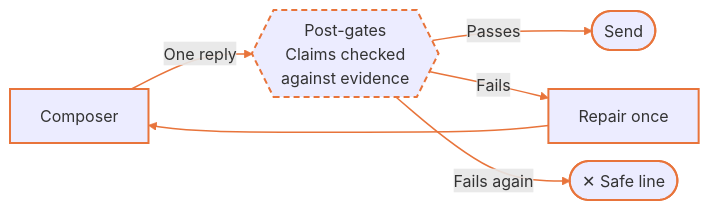
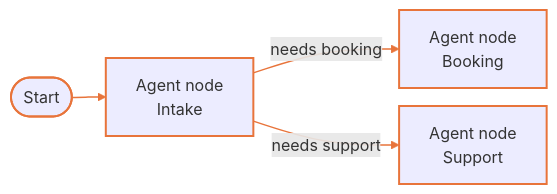
One commit to MelekMessoussi/docs changed the diagram in platform/discover/anatomy-of-a-myna-agent.mdx. Above: the diagram before and after it, drawn with Mermaid. The commit also changed other lines of this file and 1 other file, not shown here.

Commit message:
Update The Anatomy of a Myna Agent
- Updated platform/discover/anatomy-of-a-myna-agent.mdx
- Created images/image-14.png

Mintlify-Source: dashboard-editor

````diff
--- a/platform/discover/anatomy-of-a-myna-agent.mdx
+++ b/platform/discover/anatomy-of-a-myna-agent.mdx
@@ -278,14 +285,10 @@
 ```mermaid
-%%{init: {'flowchart': {'nodeSpacing': 18, 'rankSpacing': 30}}}%%
+%%{init: {'flowchart': {'nodeSpacing': 18, 'rankSpacing': 34}}}%%
 flowchart LR
-    C["Composer"] -->|One reply| PG{{"Post-gates<br/>Claims checked<br/>against evidence"}}
-    PG -->|Passes| S(["Send"])
-    PG -->|Fails| R["Repair once"]
-    R --> C
-    PG -->|Fails again| SL(["✕ Safe line"])
+    S(["Start"]) --> I["Agent node<br/>Intake"]
+    I -->|needs booking| B["Agent node<br/>Booking"]
+    I -->|needs support| U["Agent node<br/>Support"]
     classDef stage stroke:#e8743b,stroke-width:2px
-    classDef gate stroke:#e8743b,stroke-width:2px,stroke-dasharray:6 4
-    class C,S,R,SL stage
-    class PG gate
+    class S,I,B,U stage
     linkStyle default stroke:#e8743b,stroke-width:1.5px
 ```
````
